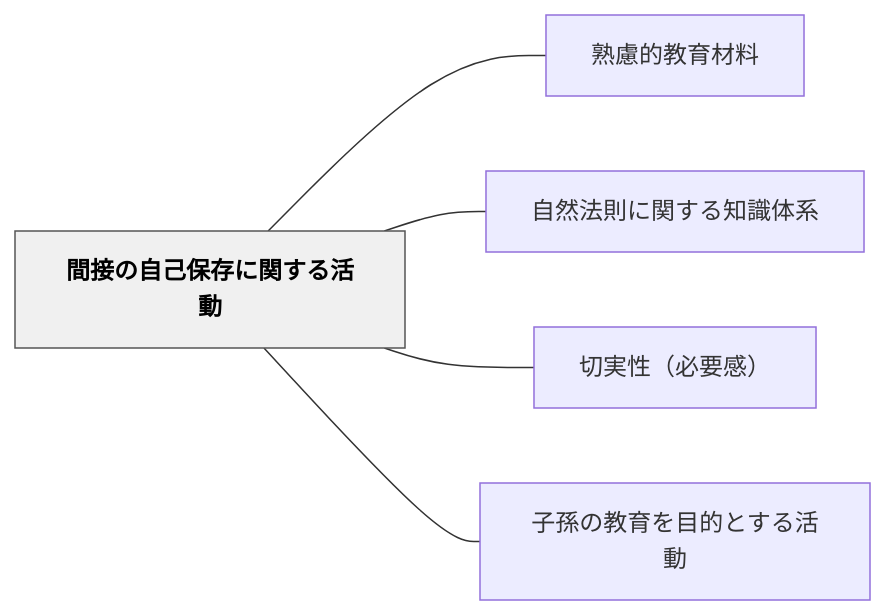
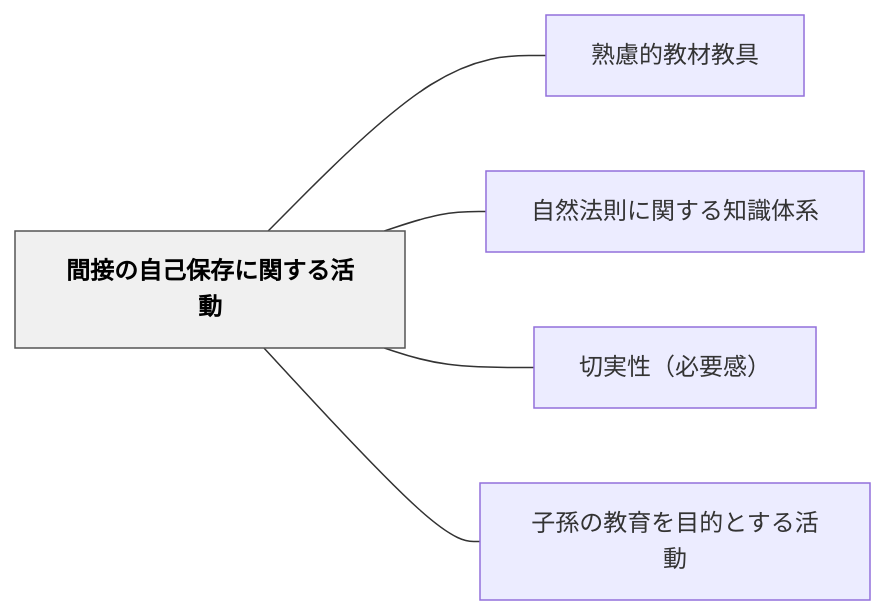
One commit to unknownthings-ed-patterns/unknownthings-ed-patterns changed the diagram in content/パタン/間接の自己保存に関する活動.md. Above: the diagram before and after it, drawn with Mermaid. The commit also changed other lines of this file and 72 other files, not shown here.

````diff
--- a/content/パタン/間接の自己保存に関する活動.md
+++ b/content/パタン/間接の自己保存に関する活動.md
@@ -44,16 +44,16 @@
 ```mermaid
 flowchart LR
     ne99693e68ea5e381aee887aae5b7b1e4bf9de5ad98e381abe996a2e38199e3828be6b4bbe58b95["間接の自己保存に関する活動"]
-    ne7869fe685aee79a84e69599e882b2e69d90e69699["熟慮的教育材料"]
+    ne7869fe685aee79a84e69599e69d90e69599e585b7["熟慮的教材教具"]
     ne887aae784b6e6b395e58987e381abe996a2e38199e3828be79fa5e8ad98e4bd93e7b3bb["自然法則に関する知識体系"]
     ne58887e5ae9fe680a7efbc88e5bf85e8a681e6849fefbc89["切実性（必要感）"]
     ne5ad90e5adabe381aee69599e882b2e38292e79baee79a84e381a8e38199e3828be6b4bbe58b95["子孫の教育を目的とする活動"]
 
-    ne99693e68ea5e381aee887aae5b7b1e4bf9de5ad98e381abe996a2e38199e3828be6b4bbe58b95 --- ne7869fe685aee79a84e69599e882b2e69d90e69699
+    ne99693e68ea5e381aee887aae5b7b1e4bf9de5ad98e381abe996a2e38199e3828be6b4bbe58b95 --- ne7869fe685aee79a84e69599e69d90e69599e585b7
     ne99693e68ea5e381aee887aae5b7b1e4bf9de5ad98e381abe996a2e38199e3828be6b4bbe58b95 --- ne887aae784b6e6b395e58987e381abe996a2e38199e3828be79fa5e8ad98e4bd93e7b3bb
     ne99693e68ea5e381aee887aae5b7b1e4bf9de5ad98e381abe996a2e38199e3828be6b4bbe58b95 --- ne58887e5ae9fe680a7efbc88e5bf85e8a681e6849fefbc89
     ne99693e68ea5e381aee887aae5b7b1e4bf9de5ad98e381abe996a2e38199e3828be6b4bbe58b95 --- ne5ad90e5adabe381aee69599e882b2e38292e79baee79a84e381a8e38199e3828be6b4bbe58b95
 
     classDef hub fill:#f0f0f0,stroke:#555,color:#000,font-weight:bold
     class ne99693e68ea5e381aee887aae5b7b1e4bf9de5ad98e381abe996a2e38199e3828be6b4bbe58b95 hub
 ```
````
